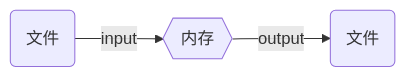
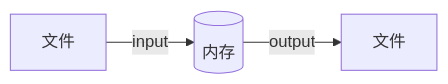
One commit to thymleaf/Javakeynote changed the diagram in 10.io.md. Above: the diagram before and after it, drawn with Mermaid. The commit also changed other lines of this file and 2 other files, not shown here.

````diff
--- a/10.io.md
+++ b/10.io.md
@@ -5,4 +5,4 @@
 ```mermaid
 graph LR
-input(文件) --input--> mb{{内存}} -- output --> output(文件)
+input[文件] --input--> mb[(内存)] -- output --> output[文件]
 ```
````
